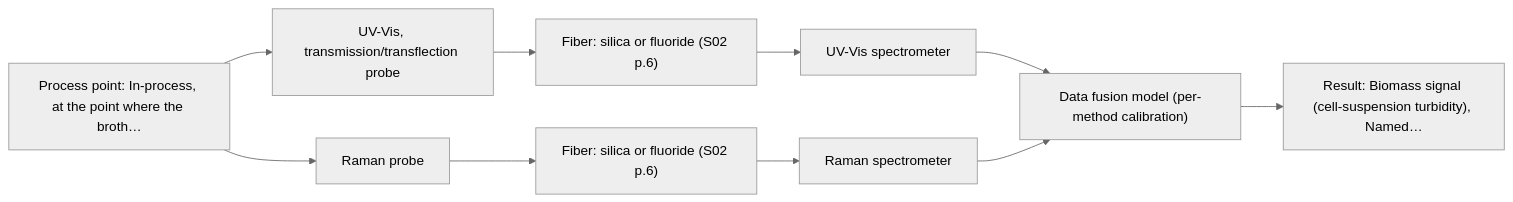
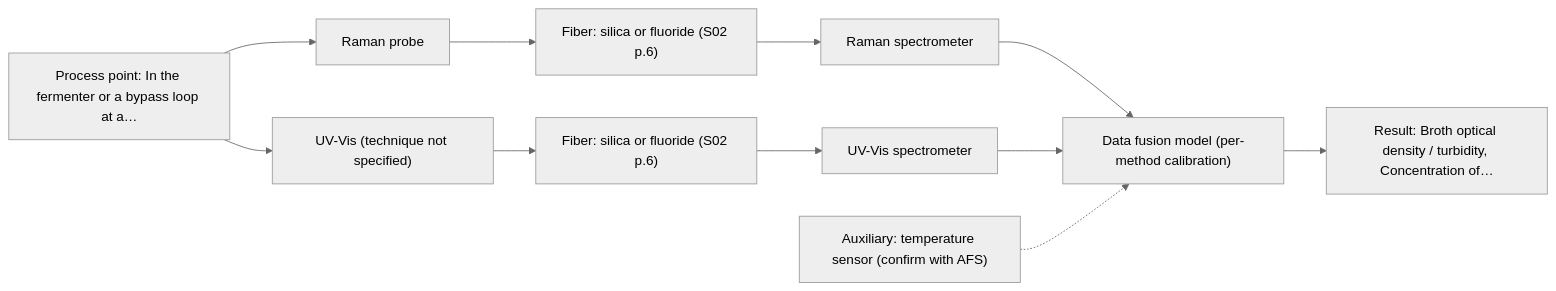
One commit to sleipnir029/Afs-Spectroscopy-Assistant changed the second of 2 diagrams in outputs/dev/D05.md. Above: the diagram before and after it, drawn with Mermaid (neutral theme). The commit also changed other lines of this file and 15 other files, not shown here.

Commit message:
3.R4 dev outputs: 8/8 pass, 0 hard failures, 236/236 citations, 14/14 charts, 8/8 cost classes

````diff
--- a/outputs/dev/D05.md
+++ b/outputs/dev/D05.md
@@ -60,21 +85,23 @@
 ```mermaid
 flowchart LR
-    proc["Process point: In-process, at the point where the broth…"]
-    probe1["UV-Vis, transmission/transflection probe"]
+    proc["Process point: In the fermenter or a bypass loop at a…"]
+    probe1["Raman probe"]
     fiber1["Fiber: silica or fluoride (S02 p.6)"]
-    spec1["UV-Vis spectrometer"]
-    probe2["Raman probe"]
+    spec1["Raman spectrometer"]
+    probe2["UV-Vis (technique not specified)"]
     fiber2["Fiber: silica or fluoride (S02 p.6)"]
-    spec2["Raman spectrometer"]
+    spec2["UV-Vis spectrometer"]
     model["Data fusion model (per-method calibration)"]
-    result["Result: Biomass signal (cell-suspension turbidity), Named…"]
+    result["Result: Broth optical density / turbidity, Concentration of…"]
+    aux1["Auxiliary: temperature sensor (confirm with AFS)"]
     proc --> probe1
     probe1 --> fiber1
     fiber1 --> spec1
     spec1 --> model
     proc --> probe2
     probe2 --> fiber2
     fiber2 --> spec2
     spec2 --> model
     model --> result
+    aux1 -.-> model
 ```
````
